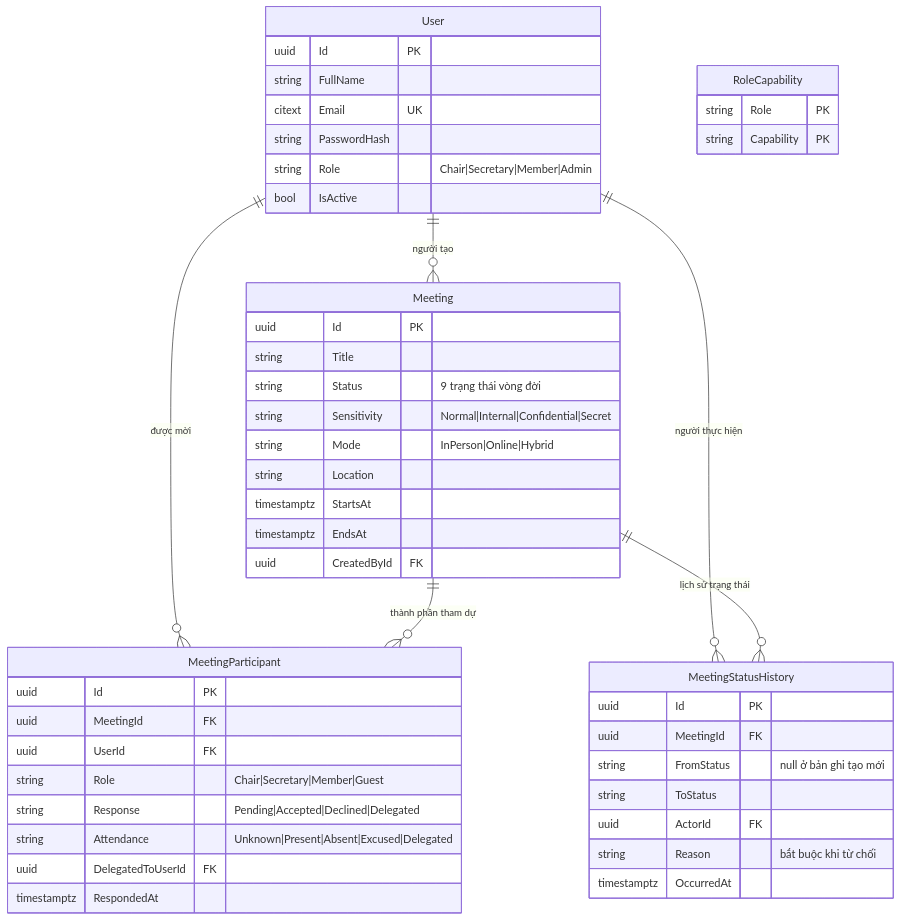
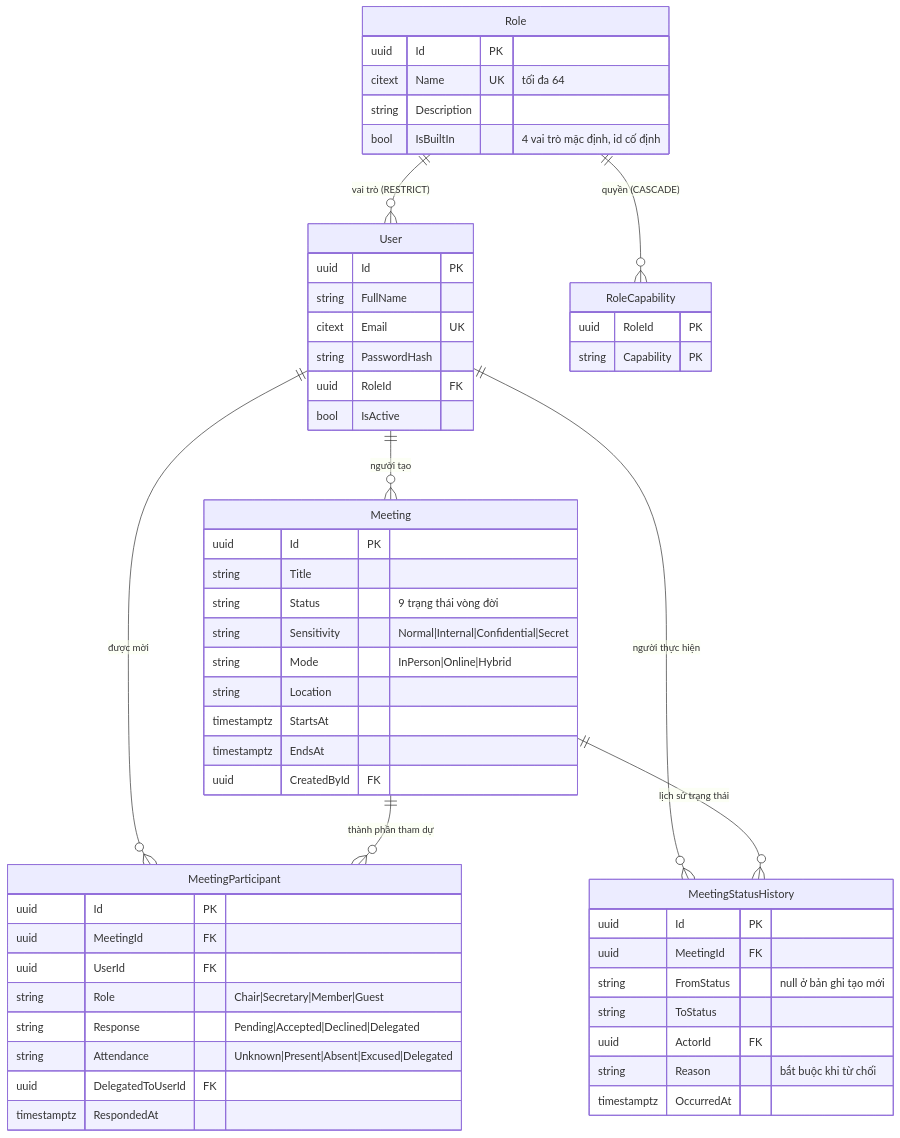
The first of 5 diagrams in docs/02-design/02-erd.md (callmehai/FU-FA26-G116), drawn with Mermaid before and after one commit. The commit also changed other lines of this file and 86 other files, not shown here.

First line of the commit message:
Quản lý vai trò: thêm, sửa, xoá vai trò; vai trò chuyển thành dữ liệu (SCRUM-63)

````diff
--- a/docs/02-design/02-erd.md
+++ b/docs/02-design/02-erd.md
@@ -37,51 +37,59 @@
 ```mermaid
 erDiagram
+    Role ||--o{ User : "vai trò (RESTRICT)"
+    Role ||--o{ RoleCapability : "quyền (CASCADE)"
     User ||--o{ Meeting : "người tạo"
     User ||--o{ MeetingParticipant : "được mời"
     User ||--o{ MeetingStatusHistory : "người thực hiện"
     Meeting ||--o{ MeetingParticipant : "thành phần tham dự"
     Meeting ||--o{ MeetingStatusHistory : "lịch sử trạng thái"
 
     User {
         uuid Id PK
         string FullName
         citext Email UK
         string PasswordHash
-        string Role "Chair|Secretary|Member|Admin"
+        uuid RoleId FK
         bool IsActive
     }
+    Role {
+        uuid Id PK
+        citext Name UK "tối đa 64"
+        string Description
+        bool IsBuiltIn "4 vai trò mặc định, id cố định"
+    }
     RoleCapability {
-        string Role PK
+        uuid RoleId PK
         string Capability PK
     }
     Meeting {
         uuid Id PK
         string Title
         string Status "9 trạng thái vòng đời"
         string Sensitivity "Normal|Internal|Confidential|Secret"
         string Mode "InPerson|Online|Hybrid"
         string Location
         timestamptz StartsAt
         timestamptz EndsAt
         uuid CreatedById FK
     }
     MeetingParticipant {
         uuid Id PK
         uuid MeetingId FK
         uuid UserId FK
         string Role "Chair|Secretary|Member|Guest"
         string Response "Pending|Accepted|Declined|Delegated"
         string Attendance "Unknown|Present|Absent|Excused|Delegated"
         uuid DelegatedToUserId FK
         timestamptz RespondedAt
     }
     MeetingStatusHistory {
         uuid Id PK
         uuid MeetingId FK
         string FromStatus "null ở bản ghi tạo mới"
         string ToStatus
         uuid ActorId FK
         string Reason "bắt buộc khi từ chối"
         timestamptz OccurredAt
     }
 ```
````
